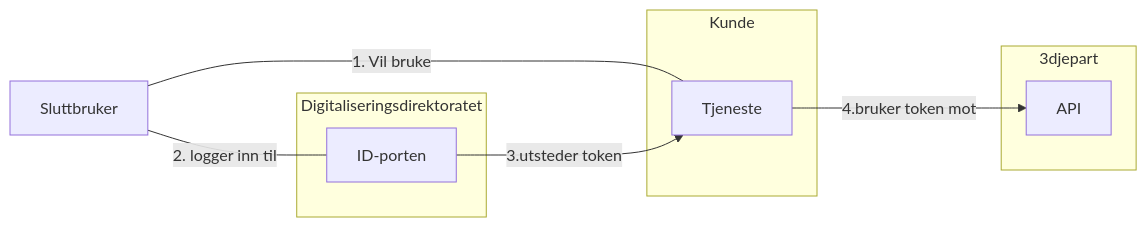
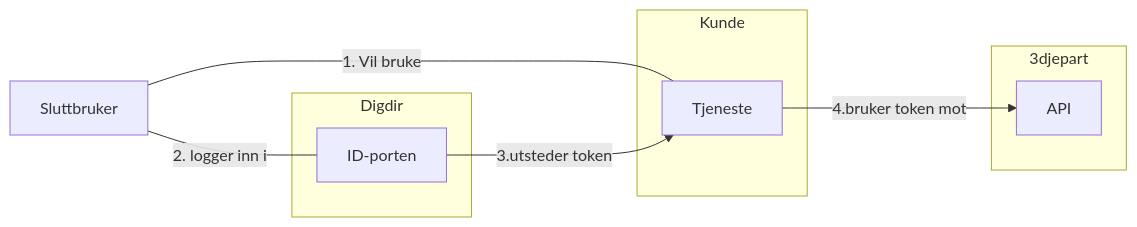
The first of 2 diagrams in _docs/ID-porten/oidc/oidc_auth_oauth2.md (felleslosninger/docs), drawn with Mermaid before and after one commit. The commit also changed other lines of this file and 1 other file, not shown here.

```diff
--- a/_docs/ID-porten/oidc/oidc_auth_oauth2.md
+++ b/_docs/ID-porten/oidc/oidc_auth_oauth2.md
@@ -20,16 +22,16 @@
  <div class="mermaid">
  graph LR
    subgraph 3djepart
      API
    end
-   subgraph Digitaliseringsdirektoratet
+   subgraph Digdir
      OIDC[ID-porten]
    end
    subgraph Kunde
       ny[Tjeneste]
    end
    Sluttbruker ---|1. Vil bruke|ny
    OIDC -->|3.utsteder token|ny
-   Sluttbruker ---|2. logger inn til  |OIDC
+   Sluttbruker ---|2. logger inn i  |OIDC
    ny -->|4.bruker token mot|API
  </div>
```
